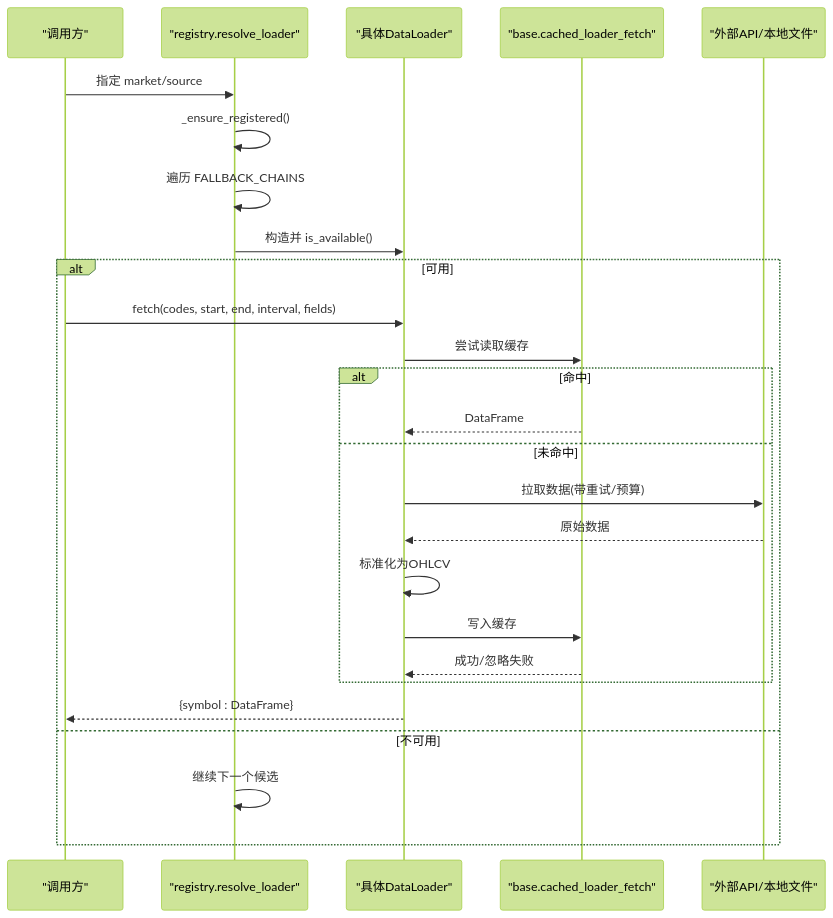
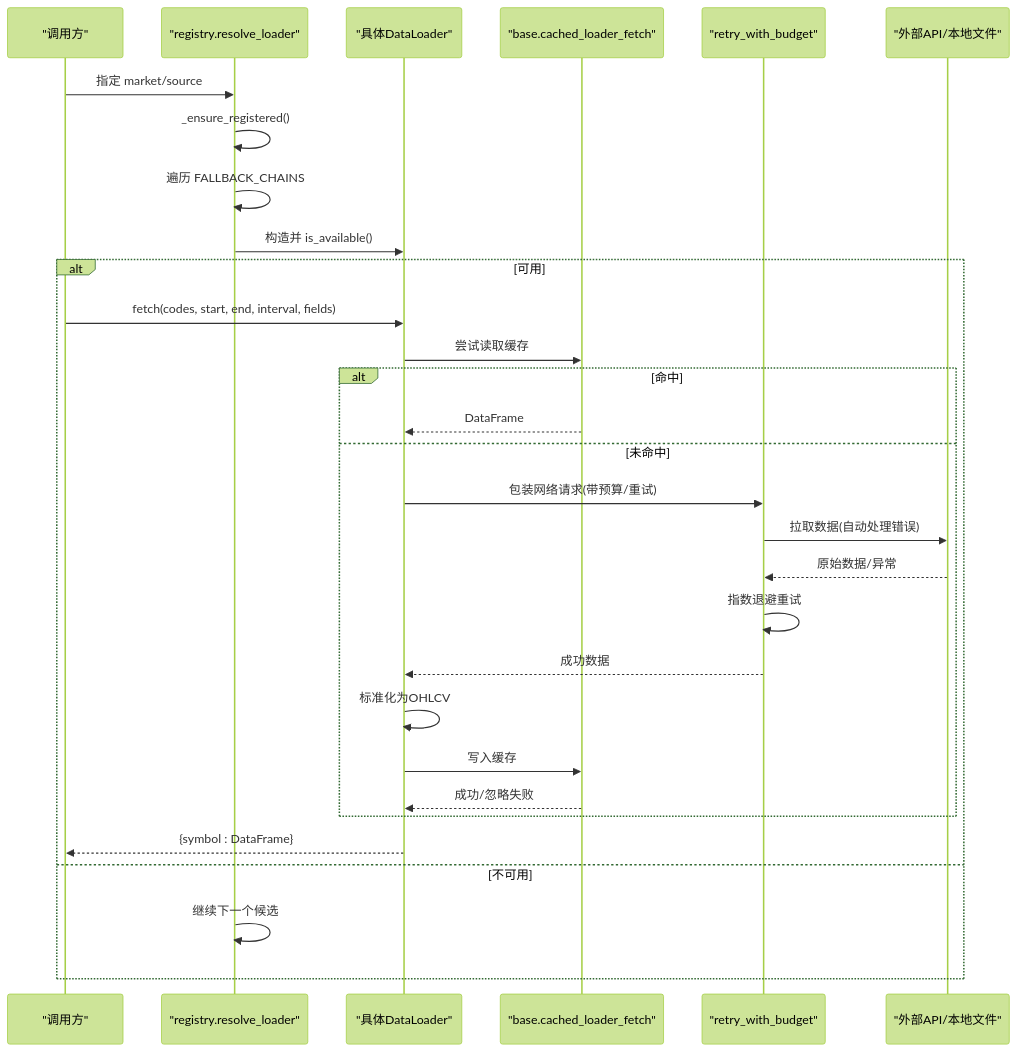
One commit to 20012002er/Vibe-Trading changed the second of 7 diagrams in .qoder/repowiki/zh/content/架构设计/集成模式/数据源集成/数据源集成.md. Above: the diagram before and after it, drawn with Mermaid (forest theme). The commit also changed other lines of this file and 96 other files, not shown here.

````diff
--- a/.qoder/repowiki/zh/content/架构设计/集成模式/数据源集成/数据源集成.md
+++ b/.qoder/repowiki/zh/content/架构设计/集成模式/数据源集成/数据源集成.md
@@ -105,28 +113,32 @@
 ```mermaid
 sequenceDiagram
 participant Caller as "调用方"
 participant Reg as "registry.resolve_loader"
 participant Ldr as "具体DataLoader"
 participant Cache as "base.cached_loader_fetch"
+participant Retry as "retry_with_budget"
 participant Net as "外部API/本地文件"
 Caller->>Reg : 指定 market/source
 Reg->>Reg : _ensure_registered()
 Reg->>Reg : 遍历 FALLBACK_CHAINS
 Reg->>Ldr : 构造并 is_available()
 alt 可用
 Caller->>Ldr : fetch(codes, start, end, interval, fields)
 Ldr->>Cache : 尝试读取缓存
 alt 命中
 Cache-->>Ldr : DataFrame
 else 未命中
-Ldr->>Net : 拉取数据(带重试/预算)
-Net-->>Ldr : 原始数据
+Ldr->>Retry : 包装网络请求(带预算/重试)
+Retry->>Net : 拉取数据(自动处理错误)
+Net-->>Retry : 原始数据/异常
+Retry->>Retry : 指数退避重试
+Retry-->>Ldr : 成功数据
 Ldr->>Ldr : 标准化为OHLCV
 Ldr->>Cache : 写入缓存
 Cache-->>Ldr : 成功/忽略失败
 end
 Ldr-->>Caller : {symbol : DataFrame}
 else 不可用
 Reg->>Reg : 继续下一个候选
 end
 ```
````
